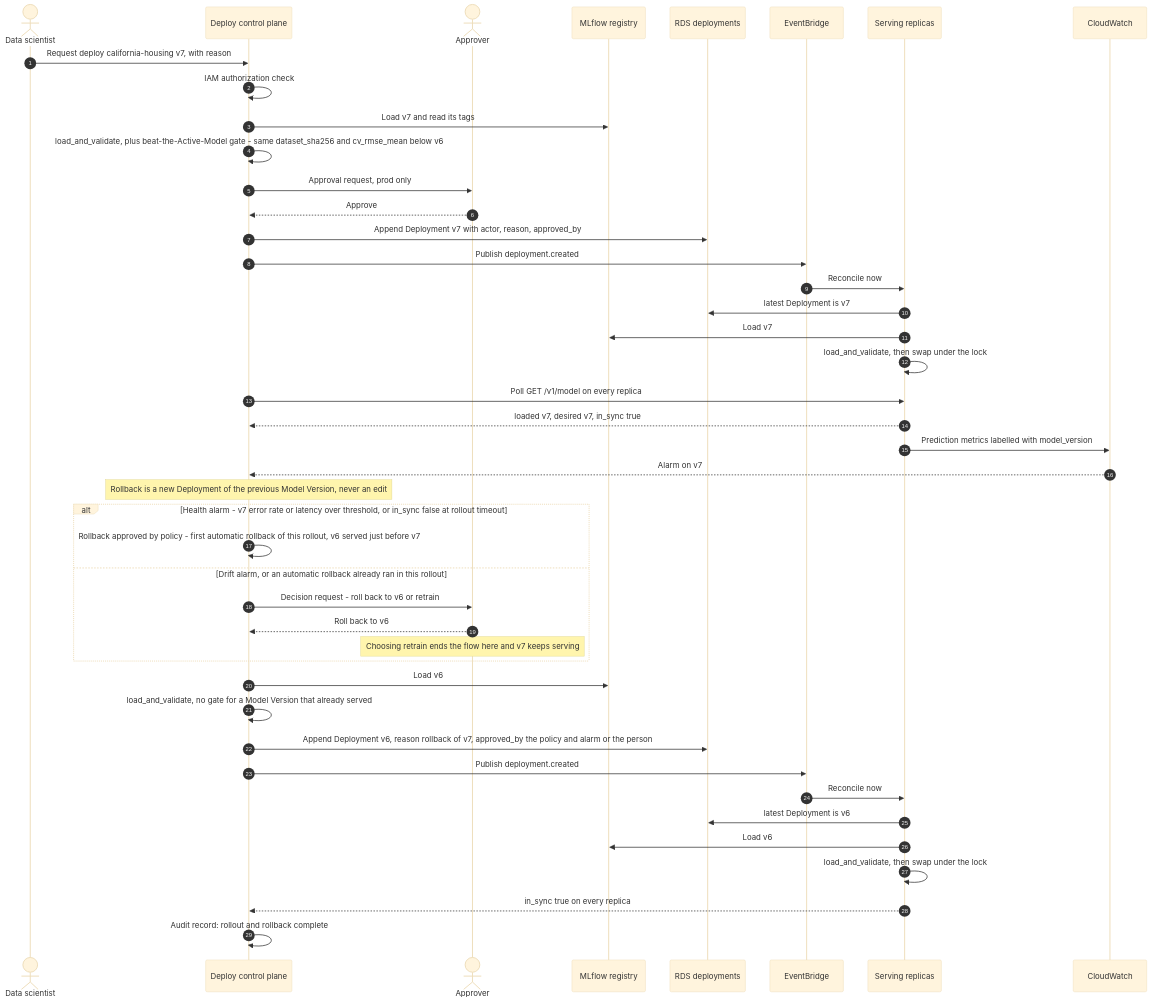
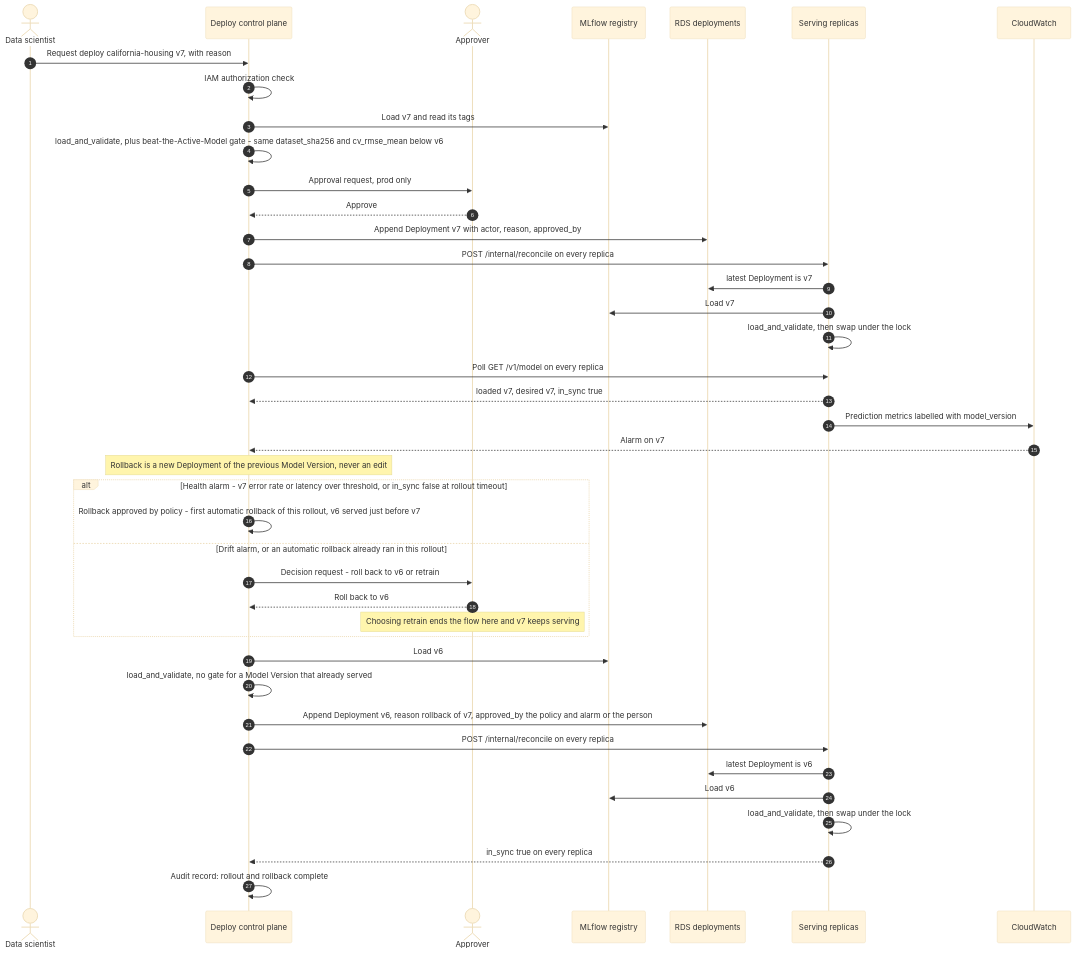
One commit to spagnoloe/ml-experimentation-platform changed the second of 2 diagrams in docs/architecture-production.md. Above: the diagram before and after it, drawn with Mermaid (base theme). The commit also changed other lines of this file and 1 other file, not shown here.

First line of the commit message:
docs: Replace EventBridge with a direct reconcile call

````diff
--- a/docs/architecture-production.md
+++ b/docs/architecture-production.md
@@ -90,47 +88,44 @@
 ```mermaid
 sequenceDiagram
   autonumber
   actor DS as Data scientist
   participant CP as Deploy control plane
   actor AP as Approver
   participant MLF as MLflow registry
   participant DB as RDS deployments
-  participant EB as EventBridge
   participant R as Serving replicas
   participant CW as CloudWatch
 
   DS->>CP: Request deploy california-housing v7, with reason
   CP->>CP: IAM authorization check
   CP->>MLF: Load v7 and read its tags
   CP->>CP: load_and_validate, plus beat-the-Active-Model gate - same dataset_sha256 and cv_rmse_mean below v6
   CP->>AP: Approval request, prod only
   AP-->>CP: Approve
   CP->>DB: Append Deployment v7 with actor, reason, approved_by
-  CP->>EB: Publish deployment.created
-  EB->>R: Reconcile now
+  CP->>R: POST /internal/reconcile on every replica
   R->>DB: latest Deployment is v7
   R->>MLF: Load v7
   R->>R: load_and_validate, then swap under the lock
   CP->>R: Poll GET /v1/model on every replica
   R-->>CP: loaded v7, desired v7, in_sync true
   R->>CW: Prediction metrics labelled with model_version
   CW-->>CP: Alarm on v7
   Note over CP: Rollback is a new Deployment of the previous Model Version, never an edit
   alt Health alarm - v7 error rate or latency over threshold, or in_sync false at rollout timeout
     CP->>CP: Rollback approved by policy - first automatic rollback of this rollout, v6 served just before v7
   else Drift alarm, or an automatic rollback already ran in this rollout
     CP->>AP: Decision request - roll back to v6 or retrain
     AP-->>CP: Roll back to v6
     Note over AP: Choosing retrain ends the flow here and v7 keeps serving
   end
   CP->>MLF: Load v6
   CP->>CP: load_and_validate, no gate for a Model Version that already served
   CP->>DB: Append Deployment v6, reason rollback of v7, approved_by the policy and alarm or the person
-  CP->>EB: Publish deployment.created
-  EB->>R: Reconcile now
+  CP->>R: POST /internal/reconcile on every replica
   R->>DB: latest Deployment is v6
   R->>MLF: Load v6
   R->>R: load_and_validate, then swap under the lock
   R-->>CP: in_sync true on every replica
   CP->>CP: Audit record: rollout and rollback complete
 ```
````
